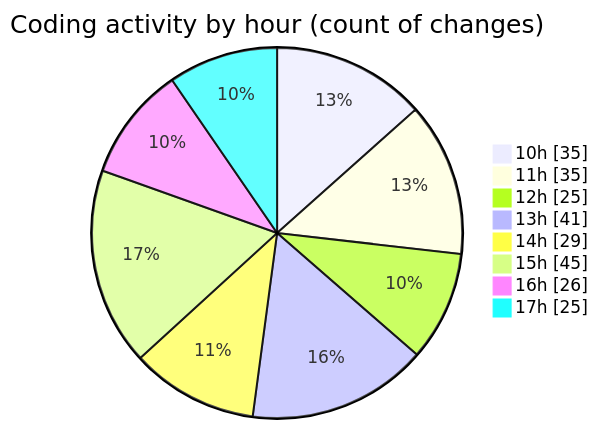
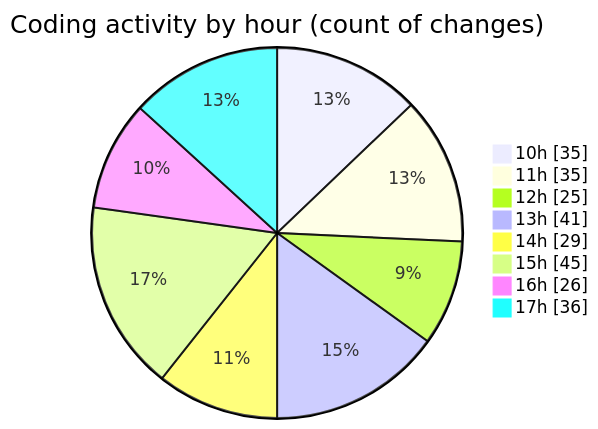
One commit to momahboobian/code-tracking changed the second of 2 diagrams in 2025-03-26/cda/README.md. Above: the diagram before and after it, drawn with Mermaid. The commit also changed other lines of this file and 1 other file, not shown here.

````diff
--- a/2025-03-26/cda/README.md
+++ b/2025-03-26/cda/README.md
@@ -55,12 +55,12 @@
 ```mermaid
 pie showData
 title Coding activity by hour (count of changes)
 "10h" : 35
 "11h" : 35
 "12h" : 25
 "13h" : 41
 "14h" : 29
 "15h" : 45
 "16h" : 26
-"17h" : 25
+"17h" : 36
 ```
````
